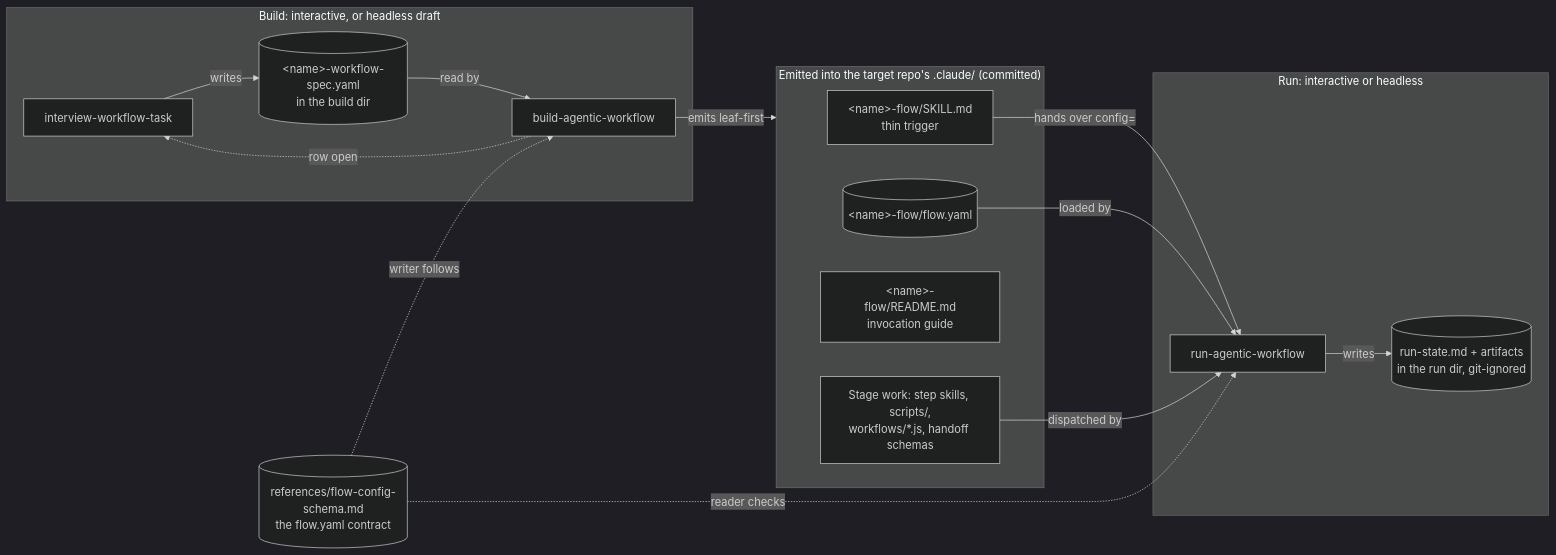
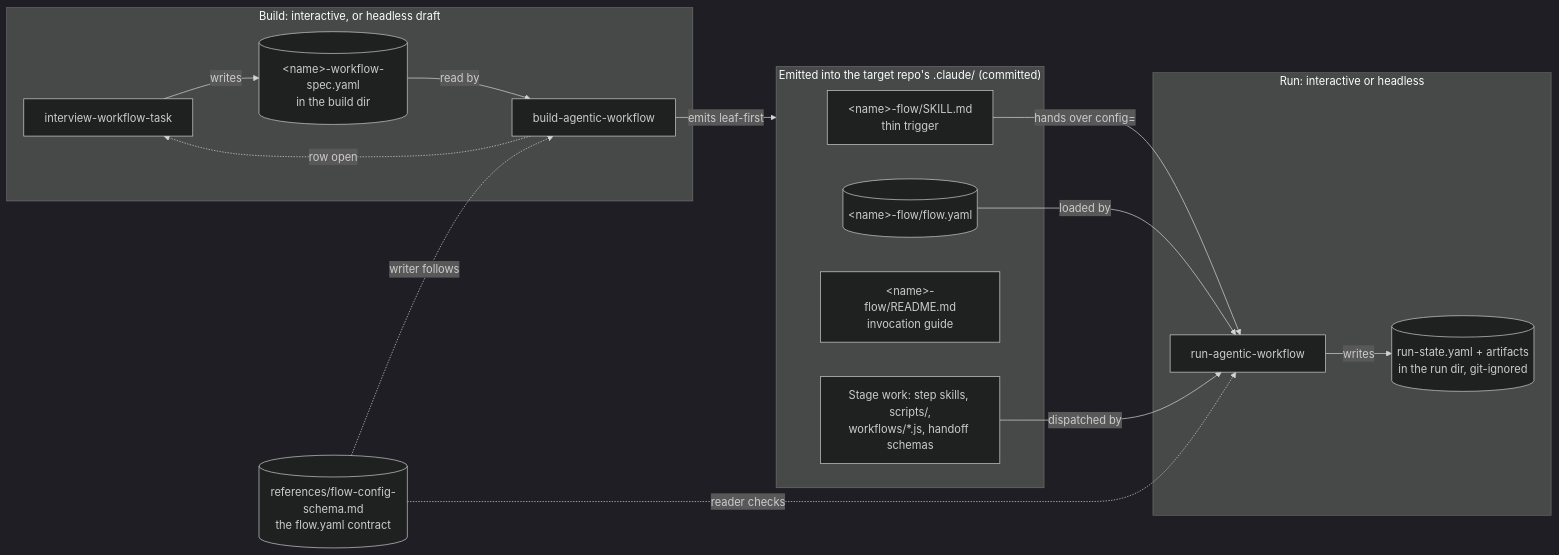
The first of 3 diagrams in plugins/standalone/ceh-workflow-builder/docs/ARCHITECTURE.md (cheneeheng/ceh-claude-code-library), drawn with Mermaid (dark theme) before and after one commit. The commit also changed other lines of this file and 32 other files, not shown here.

First line of the commit message:
feat(workflow-runner): check the run state as a yaml format

````diff
--- a/plugins/standalone/ceh-workflow-builder/docs/ARCHITECTURE.md
+++ b/plugins/standalone/ceh-workflow-builder/docs/ARCHITECTURE.md
@@ -29,33 +29,33 @@
 ```mermaid
 flowchart LR
     subgraph build["Build: interactive, or headless draft"]
         interview["interview-workflow-task"]
         spec[("&lt;name&gt;-workflow-spec.yaml<br/>in the build dir")]
         builder["build-agentic-workflow"]
     end
 
     subgraph emitted["Emitted into the target repo's .claude/ (committed)"]
         trigger["&lt;name&gt;-flow/SKILL.md<br/>thin trigger"]
         config[("&lt;name&gt;-flow/flow.yaml")]
         guide["&lt;name&gt;-flow/README.md<br/>invocation guide"]
         backends["Stage work: step skills, scripts/,<br/>workflows/*.js, handoff schemas"]
     end
 
     subgraph run["Run: interactive or headless"]
         runner["run-agentic-workflow"]
-        rundir[("run-state.md + artifacts<br/>in the run dir, git-ignored")]
+        rundir[("run-state.yaml + artifacts<br/>in the run dir, git-ignored")]
     end
 
     schema[("references/flow-config-schema.md<br/>the flow.yaml contract")]
 
     interview -->|writes| spec
     spec -->|read by| builder
     builder -.->|row open| interview
     builder -->|emits leaf-first| emitted
     trigger -->|"hands over config="| runner
     config -->|loaded by| runner
     backends -->|dispatched by| runner
     runner -->|writes| rundir
     schema -.->|writer follows| builder
     schema -.->|reader checks| runner
 ```
````
